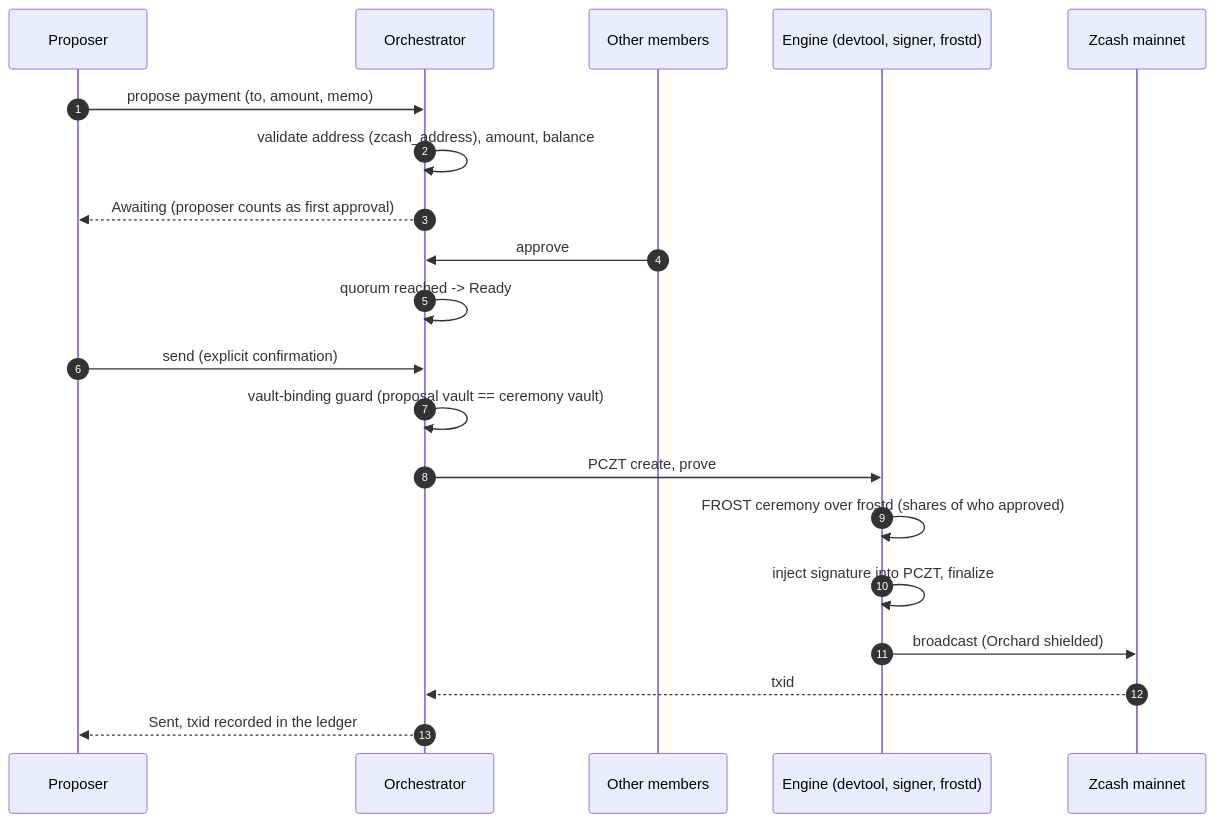
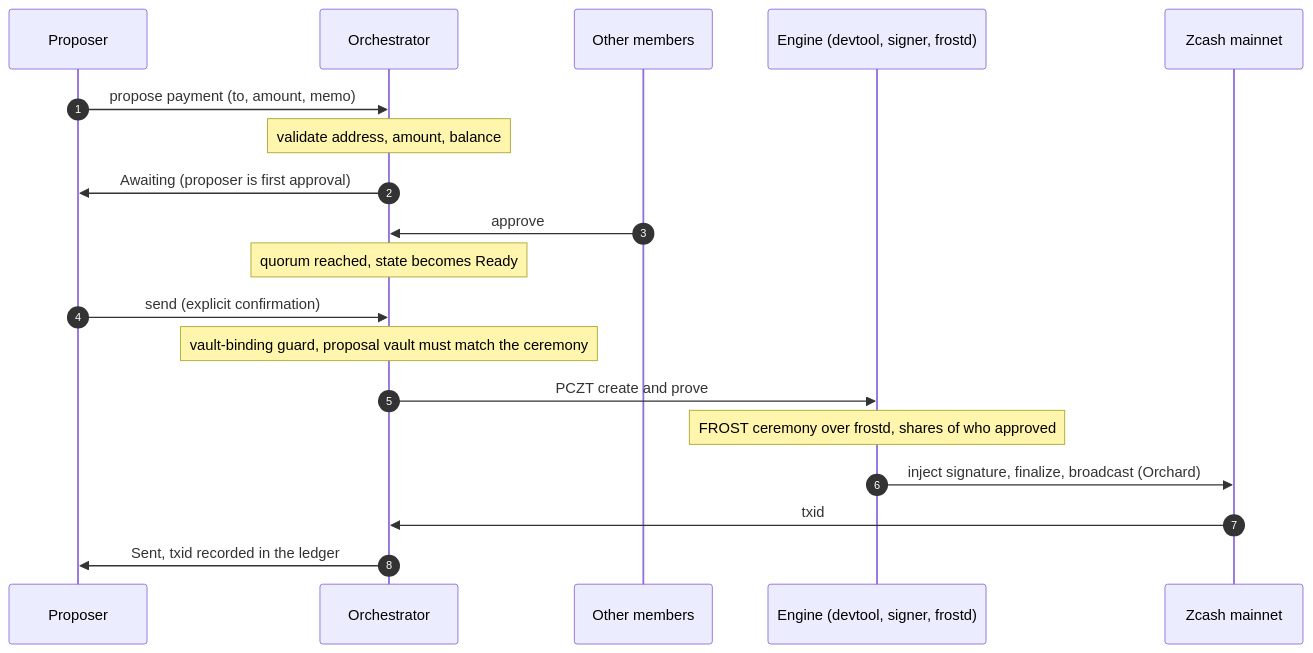
The third of 10 diagrams in docs/DIAGRAMS.md (deegalabs/konclave), drawn with Mermaid before and after one commit. The commit also changed other lines of this file, not shown here.

First line of the commit message:
docs(diagrams): make all Mermaid diagrams render on GitHub

````diff
--- a/docs/DIAGRAMS.md
+++ b/docs/DIAGRAMS.md
@@ -84,23 +56,22 @@
 ```mermaid
 sequenceDiagram
   autonumber
   participant U as Proposer
   participant O as Orchestrator
   participant M as Other members
   participant E as Engine (devtool, signer, frostd)
   participant C as Zcash mainnet
 
   U->>O: propose payment (to, amount, memo)
-  O->>O: validate address (zcash_address), amount, balance
-  O-->>U: Awaiting (proposer counts as first approval)
+  Note over O: validate address, amount, balance
+  O->>U: Awaiting (proposer is first approval)
   M->>O: approve
-  O->>O: quorum reached -> Ready
+  Note over O: quorum reached, state becomes Ready
   U->>O: send (explicit confirmation)
-  O->>O: vault-binding guard (proposal vault == ceremony vault)
-  O->>E: PCZT create, prove
-  E->>E: FROST ceremony over frostd (shares of who approved)
-  E->>E: inject signature into PCZT, finalize
-  E->>C: broadcast (Orchard shielded)
-  C-->>O: txid
-  O-->>U: Sent, txid recorded in the ledger
+  Note over O: vault-binding guard, proposal vault must match the ceremony
+  O->>E: PCZT create and prove
+  Note over E: FROST ceremony over frostd, shares of who approved
+  E->>C: inject signature, finalize, broadcast (Orchard)
+  C->>O: txid
+  O->>U: Sent, txid recorded in the ledger
 ```
````
